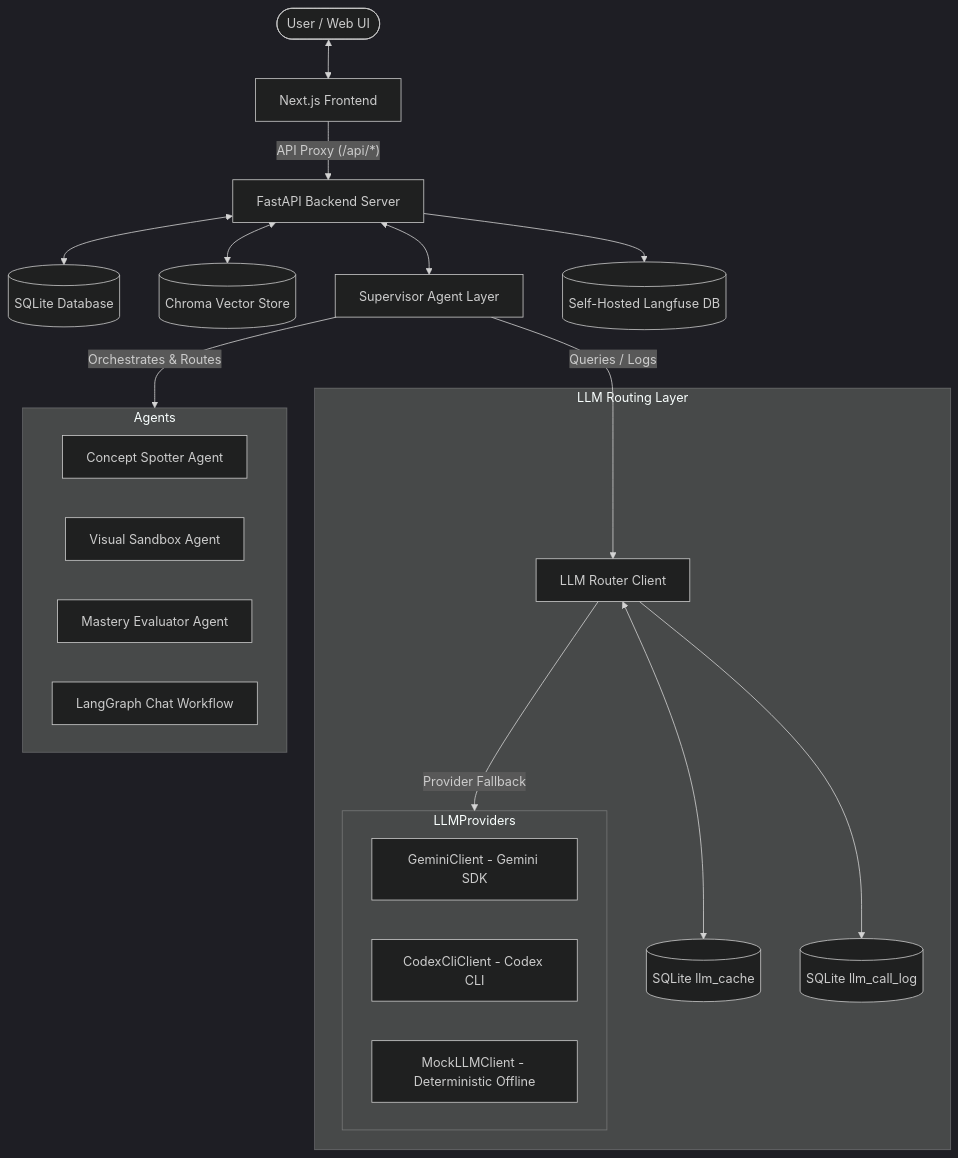
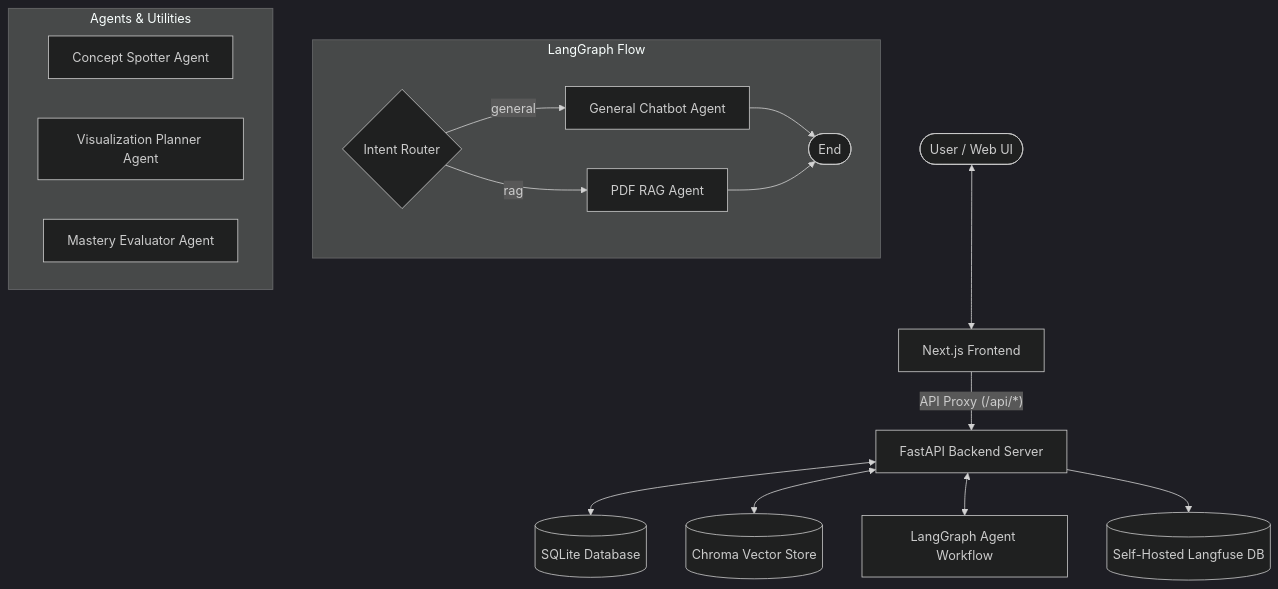
One commit to phammanhdung0508/Paper_Helper_Agent changed the diagram in README.md. Above: the diagram before and after it, drawn with Mermaid (dark theme). The commit also changed other lines of this file and 109 other files, not shown here.

````diff
--- a/README.md
+++ b/README.md
@@ -11,31 +11,24 @@
 ```mermaid
 graph TD
     User([User / Web UI]) <--> NextJS[Next.js Frontend]
     NextJS -- "API Proxy (/api/*)" --> FastAPI[FastAPI Backend Server]
     FastAPI <--> DB[(SQLite Database)]
     FastAPI <--> VectorStore[(Chroma Vector Store)]
-    FastAPI <--> Supervisor[Supervisor Agent Layer]
+    FastAPI <--> Graph[LangGraph Agent Workflow]
     
-    Supervisor -- "Orchestrates & Routes" --> Agents
-    Supervisor -- "Queries / Logs" --> LLMRouter[LLM Router Client]
-
-    subgraph LLM Routing Layer
-        LLMRouter <--> LLMCache[(SQLite llm_cache)]
-        LLMRouter --> LLMLog[(SQLite llm_call_log)]
-        LLMRouter -- "Provider Fallback" --> LLMProviders
-        subgraph LLMProviders
-            Gemini[GeminiClient - Gemini SDK]
-            Codex[CodexCliClient - Codex CLI]
-            Mock[MockLLMClient - Deterministic Offline]
-        end
+    subgraph LangGraph Flow
+        Router{Intent Router}
+        Router -- "general" --> GenAgent[General Chatbot Agent]
+        Router -- "rag" --> RAGAgent[PDF RAG Agent]
+        GenAgent --> End([End])
+        RAGAgent --> End
     end
     
-    subgraph Agents
+    subgraph Agents & Utilities
         ConceptSpotter[Concept Spotter Agent]
-        VisPlanner[Visual Sandbox Agent]
+        VisPlanner[Visualization Planner Agent]
         MasteryEval[Mastery Evaluator Agent]
-        GraphWorkflow[LangGraph Chat Workflow]
     end
     
     FastAPI --> Langfuse[(Self-Hosted Langfuse DB)]
 ```
````
